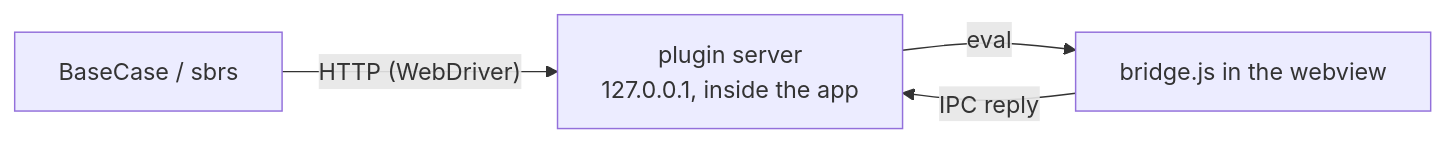
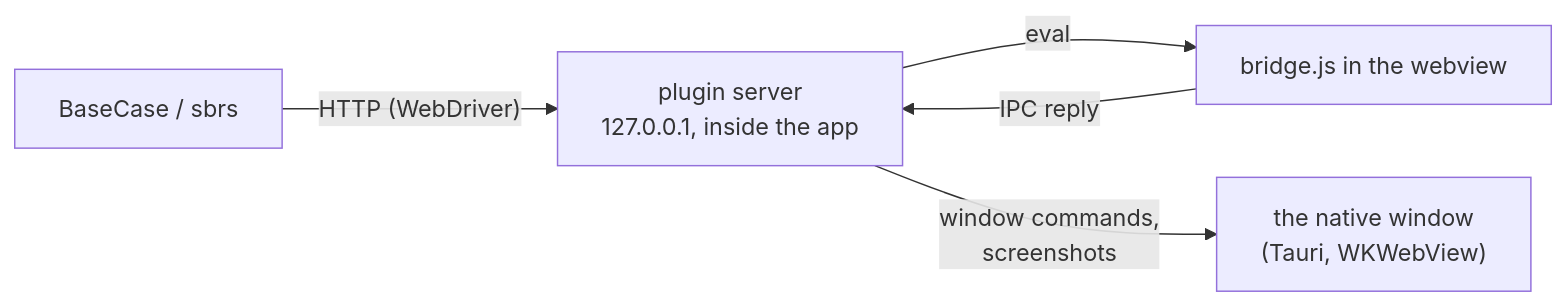
One commit to MustCodeAl/seleniumbase-rs changed the diagram in docs/ecosystem/tauri.md. Above: the diagram before and after it, drawn with Mermaid. The commit also changed other lines of this file and 24 other files, not shown here.

````diff
--- a/docs/ecosystem/tauri.md
+++ b/docs/ecosystem/tauri.md
@@ -346,6 +414,7 @@
 ```mermaid
 flowchart LR
     A["BaseCase / sbrs"] -- "HTTP (WebDriver)" --> B["plugin server<br/>127.0.0.1, inside the app"]
     B -- "eval" --> C["bridge.js in the webview"]
     C -- "IPC reply" --> B
+    B -- "window commands,<br/>screenshots" --> D["the native window<br/>(Tauri, WKWebView)"]
 ```
````
